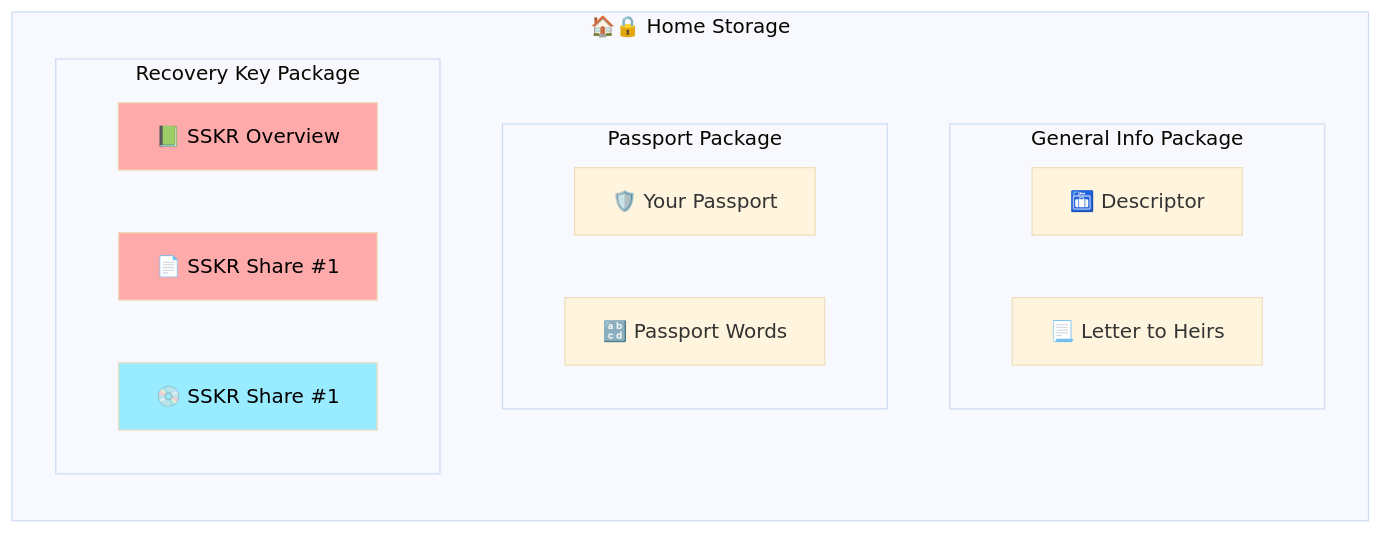
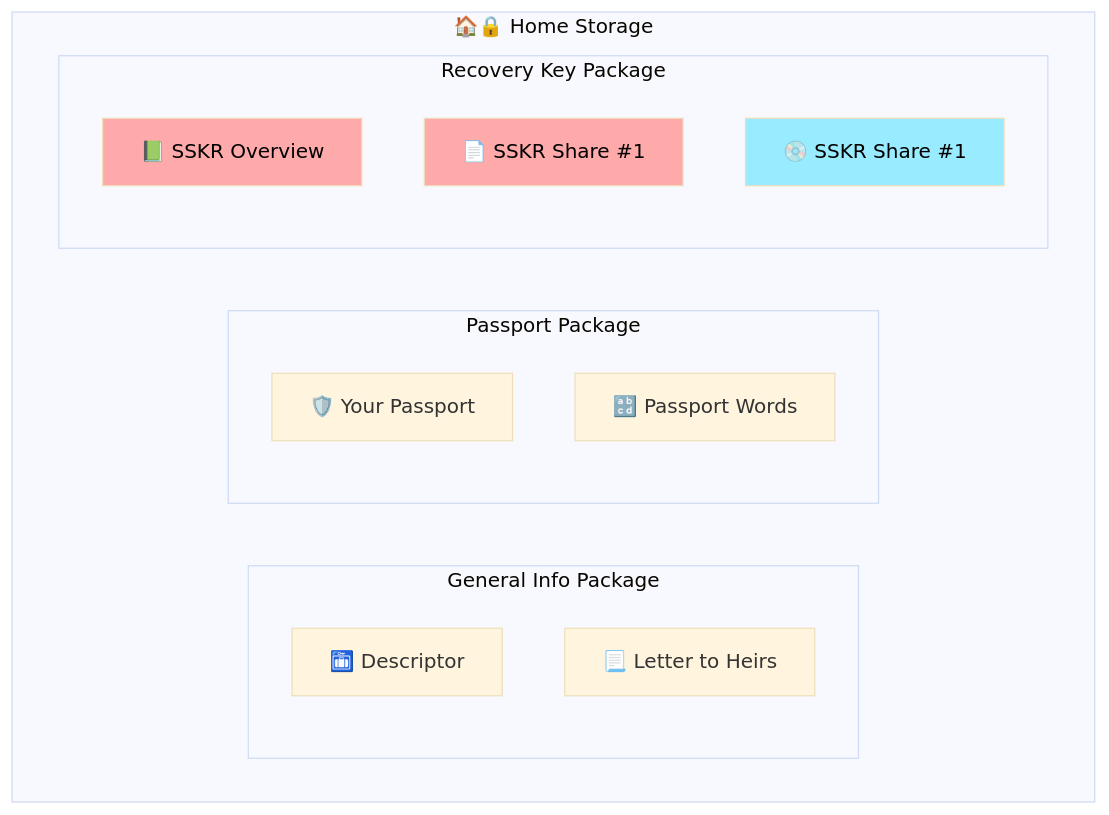
One commit to BlockchainCommons/SmartCustody changed the fourth of 55 diagrams in Docs/Scenario-Multisig.md. Above: the diagram before and after it, drawn with Mermaid (base theme). The commit also changed other lines of this file, not shown here.

````diff
--- a/Docs/Scenario-Multisig.md
+++ b/Docs/Scenario-Multisig.md
@@ -174,26 +174,26 @@
 ```mermaid
-    graph LR
-    subgraph homestorage["🏠🔒 Home Storage"]
+    graph TD
+    subgraph homestorage LR["🏠🔒 Home Storage"]
 
       subgraph "General Info Package"
       B6["🛅 Descriptor"]
       B7["📃 Letter to Heirs"]
       end
 
       subgraph "Passport Package"
       B4["🛡️ Your Passport"]
       B5["🔡 Passport Words"]
       end
 
       subgraph "Recovery Key Package"
       B1["📗 SSKR Overview"]
       B2["📄 SSKR Share #1"]
       B3["💿 SSKR Share #1"]
       end
 
       style B1 color:#000,fill:#ffaaaa;
       style B2 color:#000,fill:#ffaaaa;
       style B3 color:#000,fill:#99ebff;
 
     end
 ```
````
